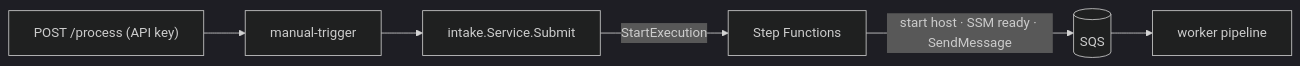
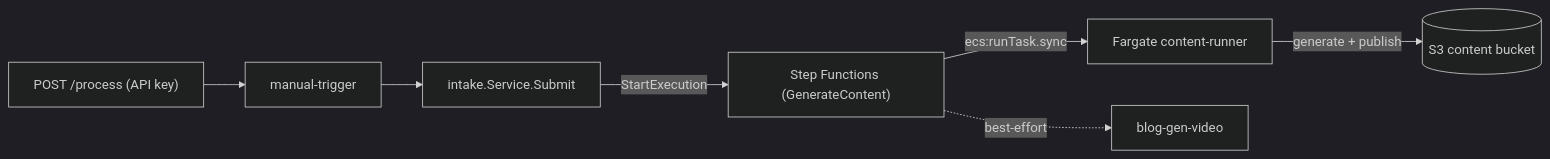
One commit to teddynted/ai-github-repository-blog-generator changed the diagram in docs/manual-trigger.md. Above: the diagram before and after it, drawn with Mermaid (dark theme). The commit also changed other lines of this file and 2 other files, not shown here.

First line of the commit message:
docs: reflect serverless content generation as the live /process path

````diff
--- a/docs/manual-trigger.md
+++ b/docs/manual-trigger.md
@@ -23,8 +37,9 @@
 ```mermaid
 flowchart LR
   API["POST /process (API key)"] --> M[manual-trigger]
   M --> S[intake.Service.Submit]
-  S -->|StartExecution| SFN[Step Functions]
-  SFN -->|start host · SSM ready · SendMessage| SQS[(SQS)]
-  SQS --> W[worker pipeline]
+  S -->|StartExecution| SFN["Step Functions (GenerateContent)"]
+  SFN -->|"ecs:runTask.sync"| F["Fargate content-runner"]
+  F -->|generate + publish| S3[(S3 content bucket)]
+  SFN -.->|best-effort| V["blog-gen-video"]
 ```
````
